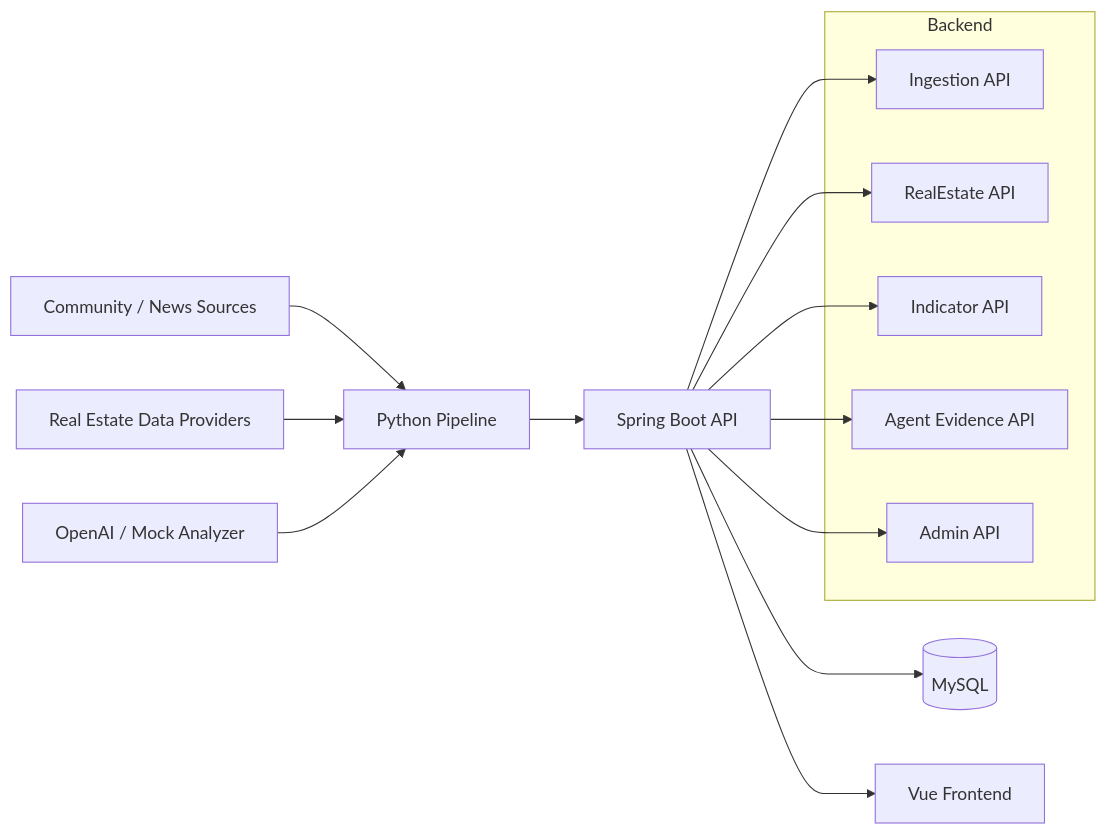
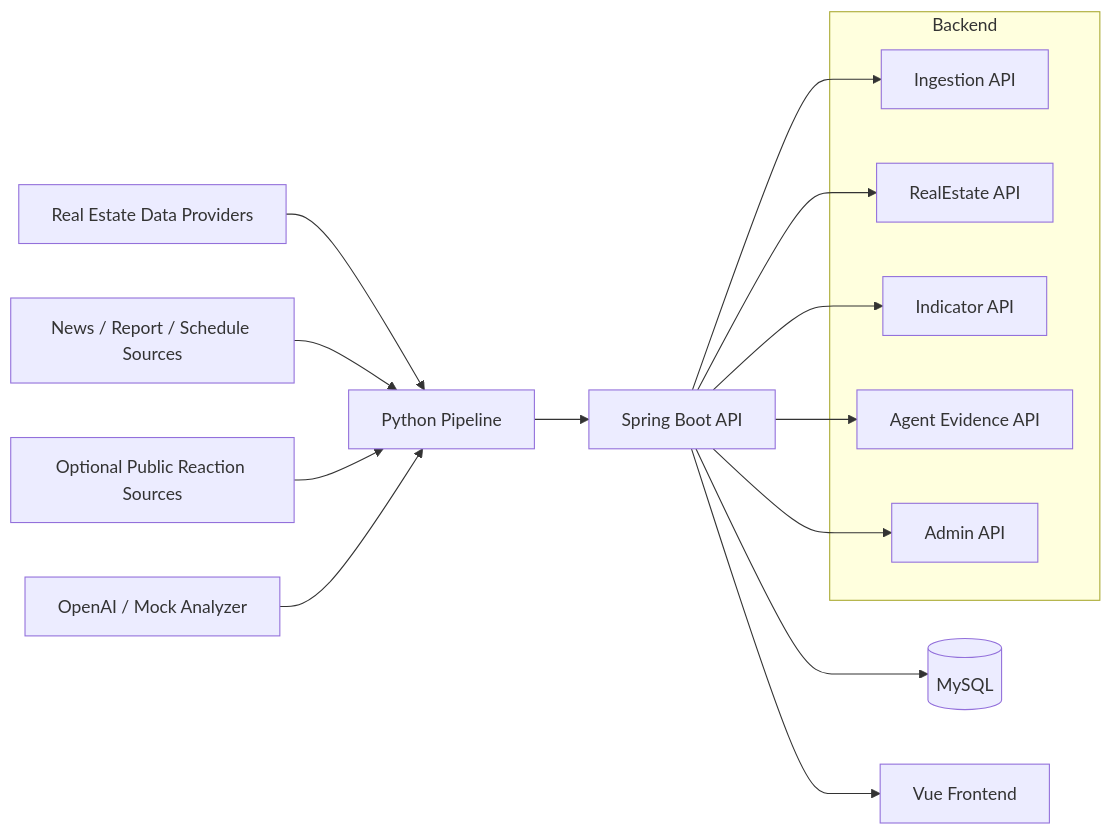
Before and after one commit to 99hyuk/YouBuyFirst_RealEstate: the second of 2 diagrams in README.md, drawn with Mermaid. The commit also changed other lines of this file and 173 other files, not shown here.

````diff
--- a/README.md
+++ b/README.md
@@ -71,24 +71,25 @@
 ```mermaid
 flowchart LR
-  S1["Community / News Sources"] --> P["Python Pipeline"]
-  S2["Real Estate Data Providers"] --> P
+  S1["Real Estate Data Providers"] --> P["Python Pipeline"]
+  S2["News / Report / Schedule Sources"] --> P
+  S3["Optional Public Reaction Sources"] --> P
   L["OpenAI / Mock Analyzer"] --> P
 
   P --> API["Spring Boot API"]
   API --> DB[("MySQL")]
   API --> UI["Vue Frontend"]
 
   subgraph Backend
     API1["Ingestion API"]
     API2["RealEstate API"]
     API3["Indicator API"]
     API4["Agent Evidence API"]
     API5["Admin API"]
   end
 
   API --> API1
   API --> API2
   API --> API3
   API --> API4
   API --> API5
 ```
````
